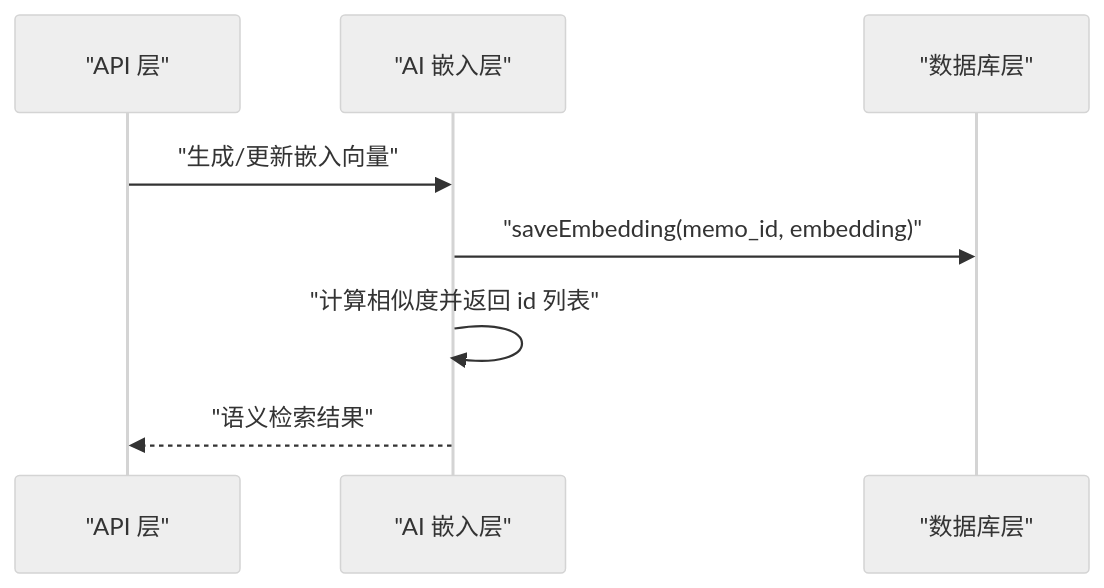
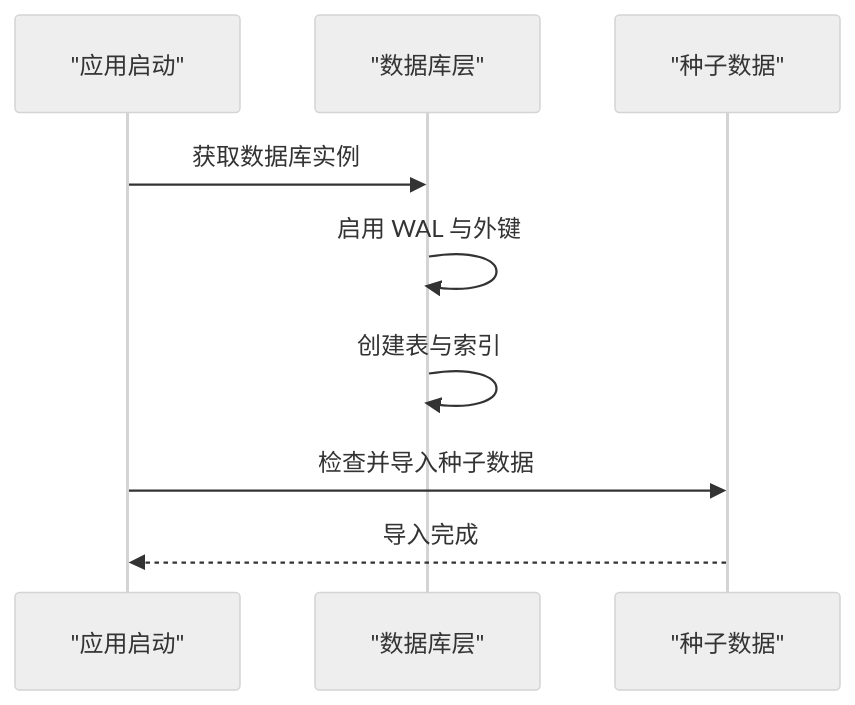
One commit to BlackBoxRecorder/memos changed the third of 6 diagrams in .qoder/repowiki/zh/content/数据库设计.md. Above: the diagram before and after it, drawn with Mermaid (neutral theme). The commit also changed other lines of this file and 83 other files, not shown here.

````diff
--- a/.qoder/repowiki/zh/content/数据库设计.md
+++ b/.qoder/repowiki/zh/content/数据库设计.md
@@ -315,10 +156,11 @@
 ```mermaid
 sequenceDiagram
-participant API as "API 层"
-participant AI as "AI 嵌入层"
+participant App as "应用启动"
 participant DB as "数据库层"
-API->>AI : "生成/更新嵌入向量"
-AI->>DB : "saveEmbedding(memo_id, embedding)"
-AI->>AI : "计算相似度并返回 id 列表"
-AI-->>API : "语义检索结果"
+participant Seed as "种子数据"
+App->>DB : 获取数据库实例
+DB->>DB : 启用 WAL 与外键
+DB->>DB : 创建表与索引
+App->>Seed : 检查并导入种子数据
+Seed-->>App : 导入完成
 ```
````
